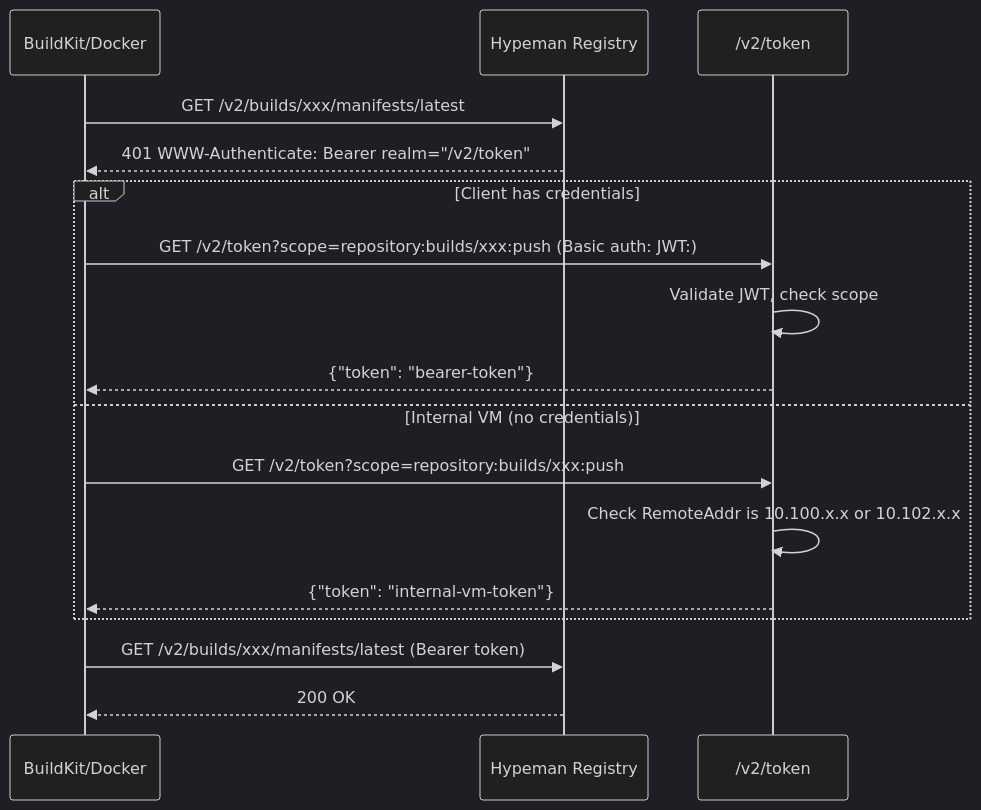
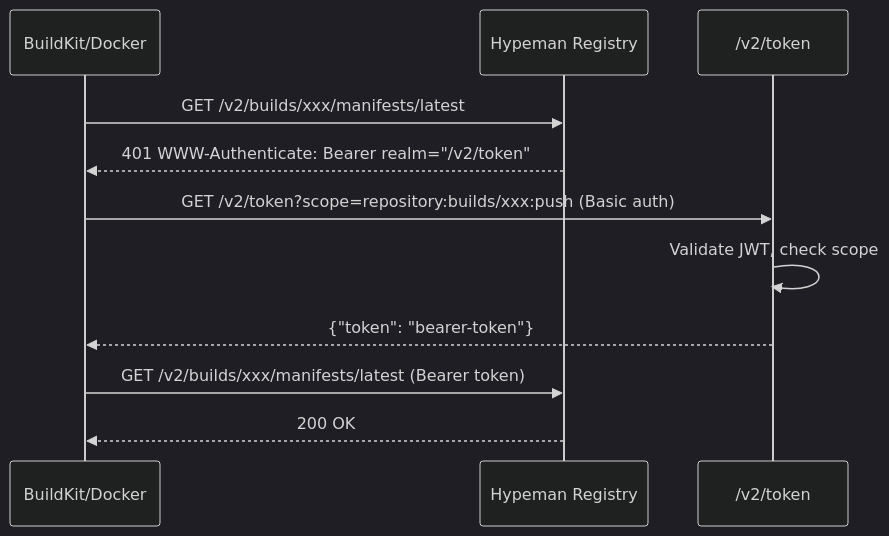
The second of 2 diagrams in lib/registry/README.md (kernel/hypeman), drawn with Mermaid (dark theme) before and after one commit. The commit also changed other lines of this file and 2 other files, not shown here.

Commit message:
chore: remove unused crane and update docs
- Remove crane from builder image (was never used)
- Remove --progress plain debug flag
- Update README to remove references to removed IP-based auth fallback

````diff
--- a/lib/registry/README.md
+++ b/lib/registry/README.md
@@ -151,22 +151,16 @@
 ```mermaid
 sequenceDiagram
     participant Client as BuildKit/Docker
     participant Registry as Hypeman Registry
     participant Token as /v2/token
 
     Client->>Registry: GET /v2/builds/xxx/manifests/latest
     Registry-->>Client: 401 WWW-Authenticate: Bearer realm="/v2/token"
     
-    alt Client has credentials
-        Client->>Token: GET /v2/token?scope=repository:builds/xxx:push (Basic auth: JWT:)
-        Token->>Token: Validate JWT, check scope
-        Token-->>Client: {"token": "bearer-token"}
-    else Internal VM (no credentials)
-        Client->>Token: GET /v2/token?scope=repository:builds/xxx:push
-        Token->>Token: Check RemoteAddr is 10.100.x.x or 10.102.x.x
-        Token-->>Client: {"token": "internal-vm-token"}
-    end
+    Client->>Token: GET /v2/token?scope=repository:builds/xxx:push (Basic auth)
+    Token->>Token: Validate JWT, check scope
+    Token-->>Client: {"token": "bearer-token"}
     
     Client->>Registry: GET /v2/builds/xxx/manifests/latest (Bearer token)
     Registry-->>Client: 200 OK
 ```
````
